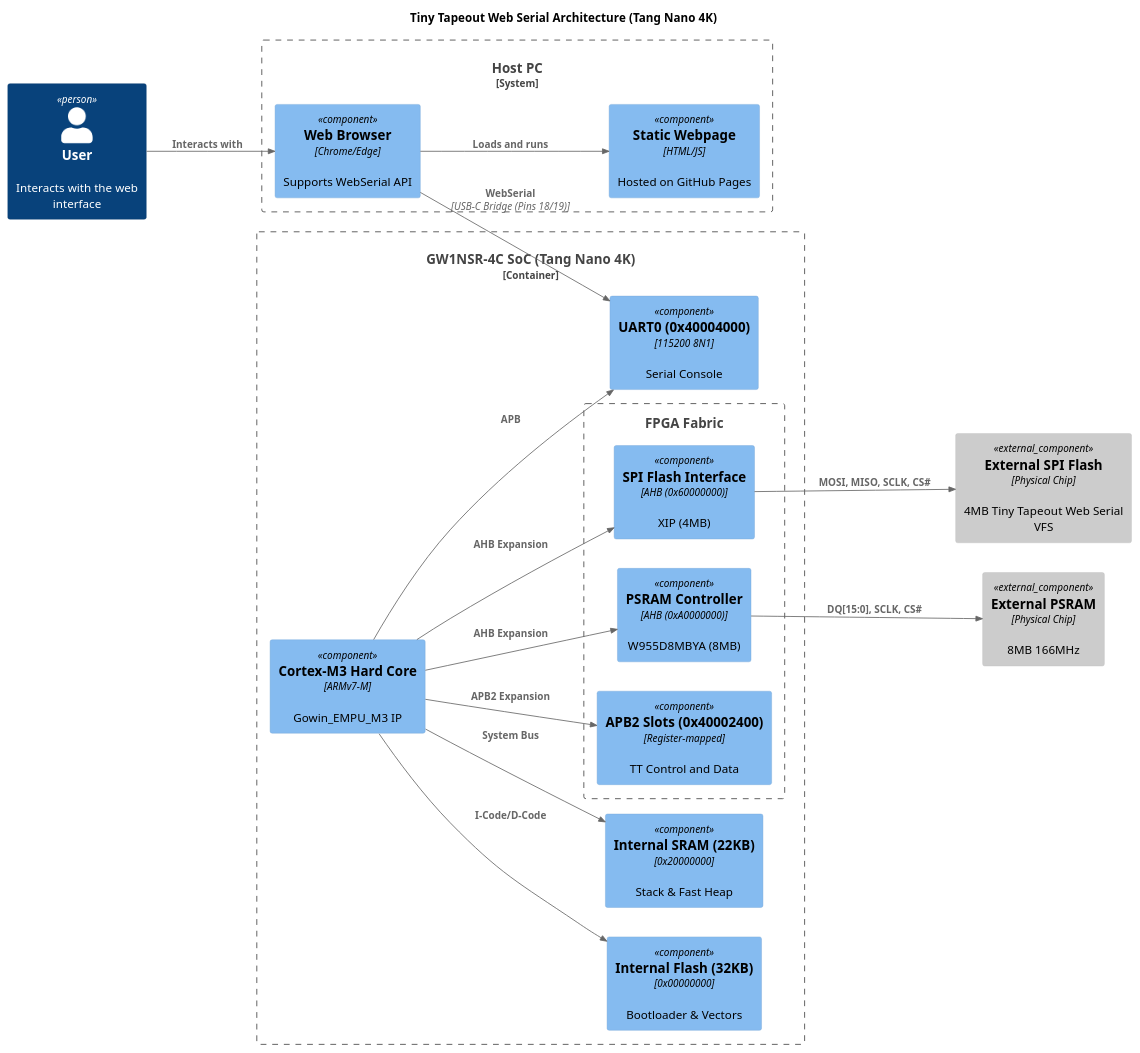
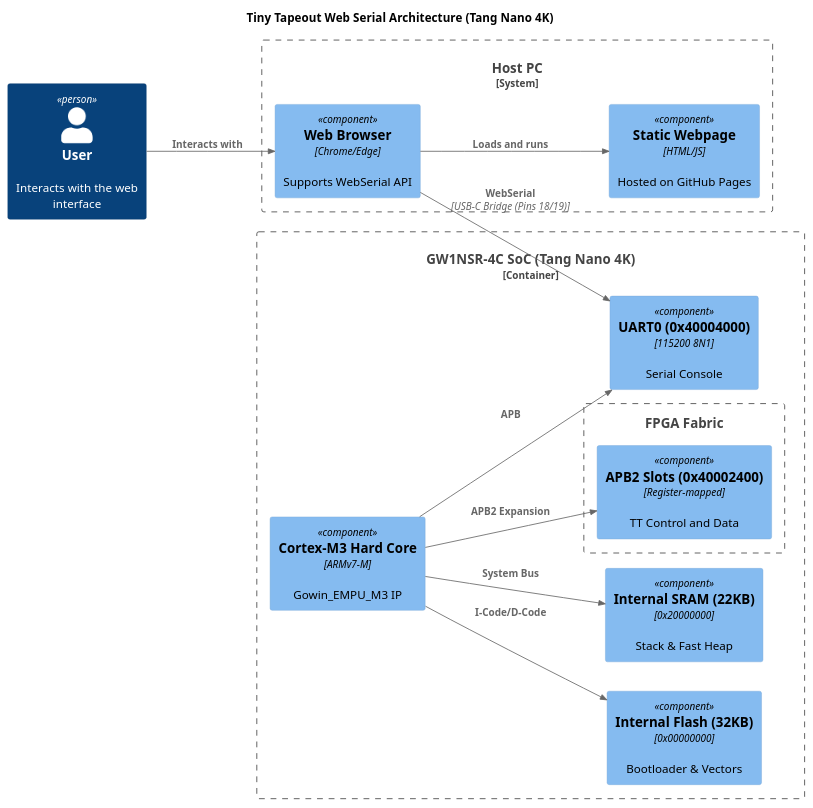
Before and after one commit to chatelao/tiny-tapeout-web-uart-tang-nano: the diagram in architecture.puml, drawn with PlantUML. The commit also changed 1 other file, not shown here.

Commit message:
docs: remove external SPI Flash and PSRAM references
Updated `README.md` and `architecture.puml` to remove all mentions
and diagrams of external SPI Flash and PSRAM. This includes:
- Removing Flash and Filesystem features from the supported list.
- Updating the memory map to exclude external memory regions.
- Removing AHB expansion and external memory controllers from the
  architecture diagram and IP core configuration.
- Simplifying the installation steps to remove external flash flashing.

```diff
--- a/architecture.puml
+++ b/architecture.puml
@@ -1,46 +1,37 @@
 @startuml architecture
 !include https://raw.githubusercontent.com/plantuml-stdlib/C4-PlantUML/master/C4_Component.puml
 
 LAYOUT_LEFT_RIGHT()
 
 title Tiny Tapeout Web Serial Architecture (Tang Nano 4K)
 
 Person(user, "User", "Interacts with the web interface")
 
 System_Boundary(host, "Host PC") {
     Component(browser, "Web Browser", "Chrome/Edge", "Supports WebSerial API")
     Component(web_page, "Static Webpage", "HTML/JS", "Hosted on GitHub Pages")
     Rel(browser, web_page, "Loads and runs")
 }
 
 Container_Boundary(soc, "GW1NSR-4C SoC (Tang Nano 4K)") {
     Component(m3, "Cortex-M3 Hard Core", "ARMv7-M", "Gowin_EMPU_M3 IP")
 
     Boundary(fabric, "FPGA Fabric") {
         Component(apb_slots, "APB2 Slots (0x40002400)", "Register-mapped", "TT Control and Data")
-        Component(psram_ctrl, "PSRAM Controller", "AHB (0xA0000000)", "W955D8MBYA (8MB)")
-        Component(flash_ctrl, "SPI Flash Interface", "AHB (0x60000000)", "XIP (4MB)")
 
         Rel(m3, apb_slots, "APB2 Expansion")
-        Rel(m3, psram_ctrl, "AHB Expansion")
-        Rel(m3, flash_ctrl, "AHB Expansion")
     }
 
     Component(int_flash, "Internal Flash (32KB)", "0x00000000", "Bootloader & Vectors")
     Component(int_sram, "Internal SRAM (22KB)", "0x20000000", "Stack & Fast Heap")
     Component(uart0, "UART0 (0x40004000)", "115200 8N1", "Serial Console")
 
     Rel(m3, int_flash, "I-Code/D-Code")
     Rel(m3, int_sram, "System Bus")
     Rel(m3, uart0, "APB")
 }
 
-Component_Ext(ext_psram, "External PSRAM", "Physical Chip", "8MB 166MHz")
-Component_Ext(ext_flash, "External SPI Flash", "Physical Chip", "4MB Tiny Tapeout Web Serial VFS")
-
-Rel(psram_ctrl, ext_psram, "DQ[15:0], SCLK, CS#")
-Rel(flash_ctrl, ext_flash, "MOSI, MISO, SCLK, CS#")
 Rel(user, browser, "Interacts with")
 Rel(browser, uart0, "WebSerial", "USB-C Bridge (Pins 18/19)")
 
 @enduml
```
